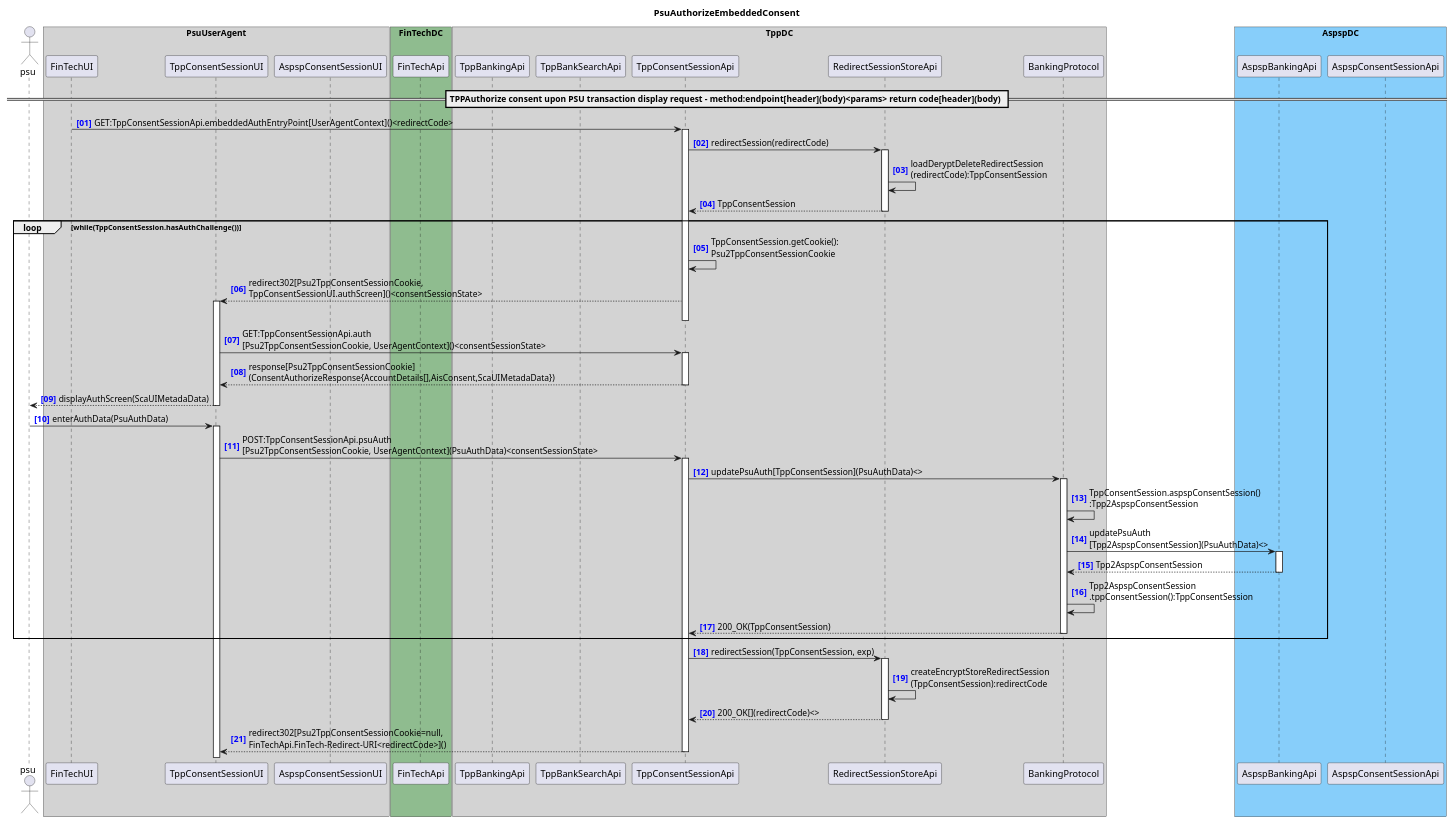
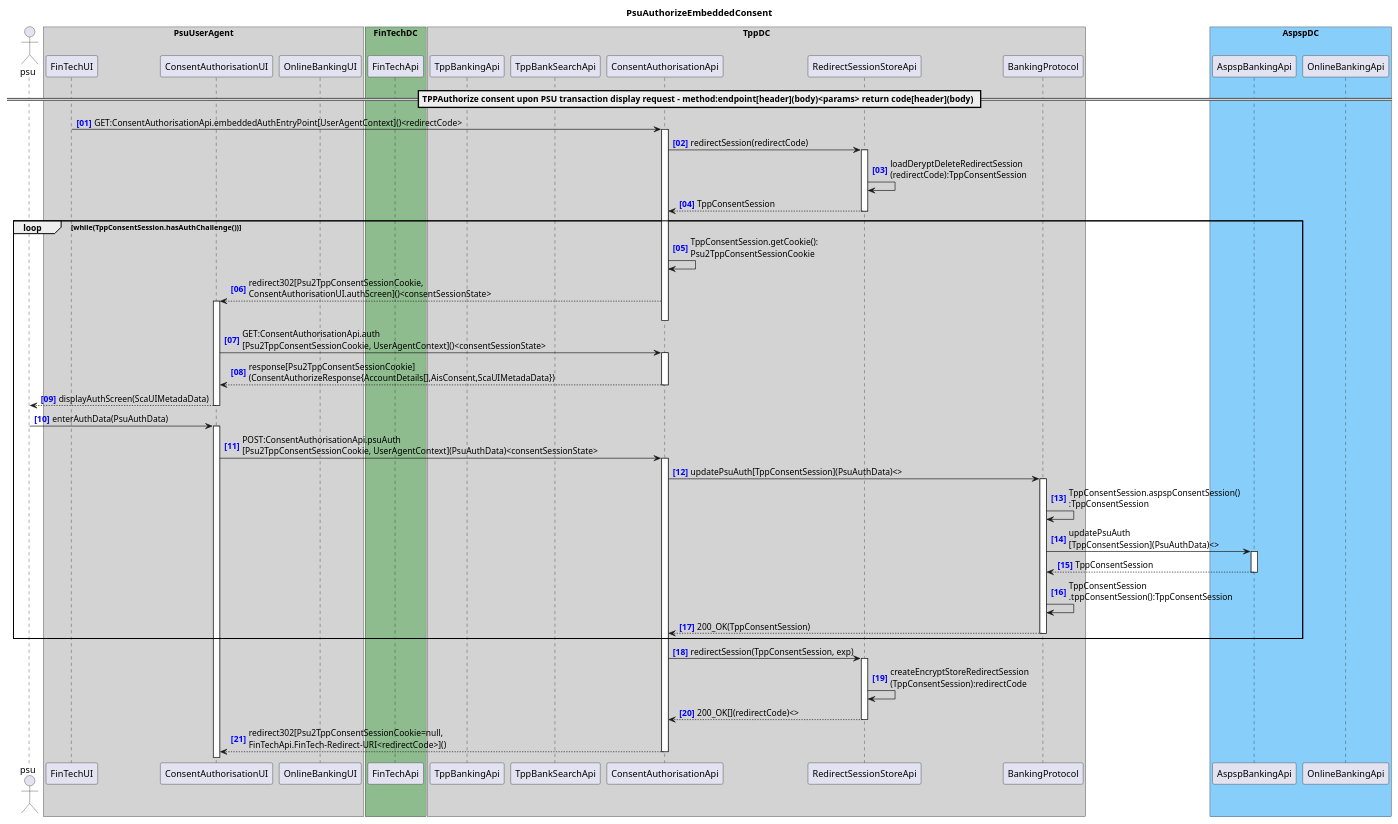
Before and after one commit to adorsys/open-banking-gateway: the diagram in docs/architecture/diagrams/useCases/5a-psuAuthEmbeddedConsent.puml, drawn with PlantUML. The commit also changed 10 other files, not shown here.

```diff
--- a/docs/architecture/diagrams/useCases/5a-psuAuthEmbeddedConsent.puml
+++ b/docs/architecture/diagrams/useCases/5a-psuAuthEmbeddedConsent.puml
@@ -1,53 +1,53 @@
 @startuml PsuAuthorizeEmbeddedConsent
 title PsuAuthorizeEmbeddedConsent
 autonumber "<b><color blue>[00]"
 actor psu
 
 box "PsuUserAgent" #LightGray
     participant "FinTechUI" as FinTechUI
-    participant "TppConsentSessionUI" as TppConsentSessionUI
-    participant "AspspConsentSessionUI" as AspspConsentSessionUI
+    participant "ConsentAuthorisationUI" as ConsentAuthorisationUI
+    participant "OnlineBankingUI" as OnlineBankingUI
 end box
 box "FinTechDC" #DarkSeaGreen
     participant "FinTechApi" as FinTechApi
 end box
 box "TppDC" #LightGray
     participant "TppBankingApi" as TppBankingApi
     participant "TppBankSearchApi" as TppBankSearchApi
-    participant "TppConsentSessionApi" as TppConsentSessionApi
+    participant "ConsentAuthorisationApi" as ConsentAuthorisationApi
 
     participant "RedirectSessionStoreApi" as RedirectSessionStoreApi
     participant "BankingProtocol" as BankingProtocol
 end box
 box "AspspDC" #LightSkyBlue
 	participant "AspspBankingApi" as AspspBankingApi
-    participant "AspspConsentSessionApi" as AspspConsentSessionApi
+    participant "OnlineBankingApi" as OnlineBankingApi
 end box
 == TPPAuthorize consent upon PSU transaction display request - method:endpoint[header](body)<params> return code[header](body) ==
 
-FinTechUI -> TppConsentSessionApi ++ : GET:TppConsentSessionApi.embeddedAuthEntryPoint[UserAgentContext]()<redirectCode>
-TppConsentSessionApi -> RedirectSessionStoreApi ++ : redirectSession(redirectCode)
+FinTechUI -> ConsentAuthorisationApi ++ : GET:ConsentAuthorisationApi.embeddedAuthEntryPoint[UserAgentContext]()<redirectCode>
+ConsentAuthorisationApi -> RedirectSessionStoreApi ++ : redirectSession(redirectCode)
 RedirectSessionStoreApi -> RedirectSessionStoreApi : loadDeryptDeleteRedirectSession\n(redirectCode):TppConsentSession
 return TppConsentSession
 loop while(TppConsentSession.hasAuthChallenge())
-    TppConsentSessionApi -> TppConsentSessionApi : TppConsentSession.getCookie():\nPsu2TppConsentSessionCookie
-    TppConsentSessionApi --> TppConsentSessionUI ++ : redirect302[Psu2TppConsentSessionCookie,\nTppConsentSessionUI.authScreen]()<consentSessionState>
-    deactivate TppConsentSessionApi
-    TppConsentSessionUI -> TppConsentSessionApi ++ : GET:TppConsentSessionApi.auth\n[Psu2TppConsentSessionCookie, UserAgentContext]()<consentSessionState>
+    ConsentAuthorisationApi -> ConsentAuthorisationApi : TppConsentSession.getCookie():\nPsu2TppConsentSessionCookie
+    ConsentAuthorisationApi --> ConsentAuthorisationUI ++ : redirect302[Psu2TppConsentSessionCookie,\nConsentAuthorisationUI.authScreen]()<consentSessionState>
+    deactivate ConsentAuthorisationApi
+    ConsentAuthorisationUI -> ConsentAuthorisationApi ++ : GET:ConsentAuthorisationApi.auth\n[Psu2TppConsentSessionCookie, UserAgentContext]()<consentSessionState>
     return response[Psu2TppConsentSessionCookie]\n(ConsentAuthorizeResponse{AccountDetails[],AisConsent,ScaUIMetadaData})
-    TppConsentSessionUI --> psu : displayAuthScreen(ScaUIMetadaData)
-    deactivate TppConsentSessionUI
-    psu -> TppConsentSessionUI ++ : enterAuthData(PsuAuthData)
-    TppConsentSessionUI -> TppConsentSessionApi ++ : POST:TppConsentSessionApi.psuAuth\n[Psu2TppConsentSessionCookie, UserAgentContext](PsuAuthData)<consentSessionState>
-    TppConsentSessionApi -> BankingProtocol ++ : updatePsuAuth[TppConsentSession](PsuAuthData)<>
-    BankingProtocol -> BankingProtocol : TppConsentSession.aspspConsentSession()\n:Tpp2AspspConsentSession
-    BankingProtocol -> AspspBankingApi ++ : updatePsuAuth\n[Tpp2AspspConsentSession](PsuAuthData)<>
-    return Tpp2AspspConsentSession
-    BankingProtocol -> BankingProtocol : Tpp2AspspConsentSession\n.tppConsentSession():TppConsentSession
+    ConsentAuthorisationUI --> psu : displayAuthScreen(ScaUIMetadaData)
+    deactivate ConsentAuthorisationUI
+    psu -> ConsentAuthorisationUI ++ : enterAuthData(PsuAuthData)
+    ConsentAuthorisationUI -> ConsentAuthorisationApi ++ : POST:ConsentAuthorisationApi.psuAuth\n[Psu2TppConsentSessionCookie, UserAgentContext](PsuAuthData)<consentSessionState>
+    ConsentAuthorisationApi -> BankingProtocol ++ : updatePsuAuth[TppConsentSession](PsuAuthData)<>
+    BankingProtocol -> BankingProtocol : TppConsentSession.aspspConsentSession()\n:TppConsentSession
+    BankingProtocol -> AspspBankingApi ++ : updatePsuAuth\n[TppConsentSession](PsuAuthData)<>
+    return TppConsentSession
+    BankingProtocol -> BankingProtocol : TppConsentSession\n.tppConsentSession():TppConsentSession
     return 200_OK(TppConsentSession)
 end
-TppConsentSessionApi -> RedirectSessionStoreApi ++ : redirectSession(TppConsentSession, exp)
+ConsentAuthorisationApi -> RedirectSessionStoreApi ++ : redirectSession(TppConsentSession, exp)
 RedirectSessionStoreApi -> RedirectSessionStoreApi : createEncryptStoreRedirectSession\n(TppConsentSession):redirectCode
 return 200_OK[](redirectCode)<>
 return redirect302[Psu2TppConsentSessionCookie=null,\nFinTechApi.FinTech-Redirect-URI<redirectCode>]()
 @enduml
```
